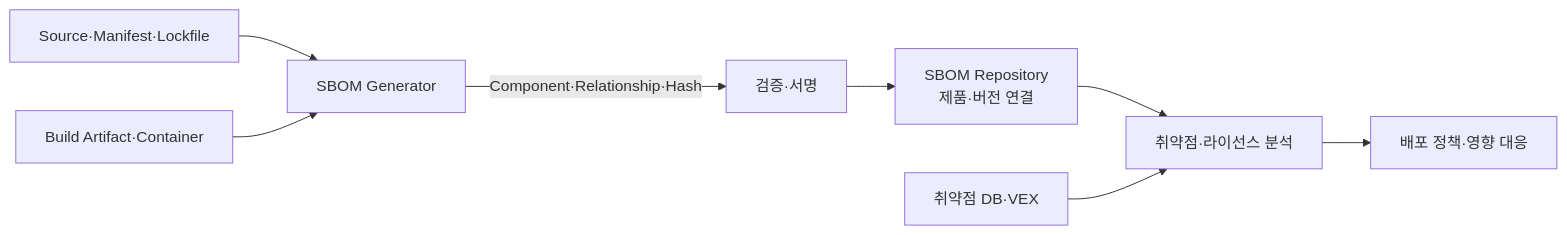
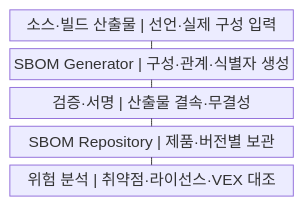
One commit to agnusdei1207/knowledge-base changed the first of 2 diagrams in src/content/docs/notes/03-software/183_sbom.md. Above: the diagram before and after it, drawn with Mermaid. The commit also changed other lines of this file and 20 other files, not shown here.

````diff
--- a/src/content/docs/notes/03-software/183_sbom.md
+++ b/src/content/docs/notes/03-software/183_sbom.md
@@ -59,10 +55,13 @@
 ```mermaid
-flowchart LR
-    S["Source·Manifest·Lockfile"] --> G["SBOM Generator"]
-    B["Build Artifact·Container"] --> G
-    G -->|"Component·Relationship·Hash"| V["검증·서명"]
-    V --> R["SBOM Repository<br/>제품·버전 연결"]
-    R --> A["취약점·라이선스 분석"]
-    D["취약점 DB·VEX"] --> A
-    A --> P["배포 정책·영향 대응"]
+block
+    columns 1
+    A["소스·빌드 산출물 | 선언·실제 구성 입력"]
+    B["SBOM Generator | 구성·관계·식별자 생성"]
+    C["검증·서명 | 산출물 결속·무결성"]
+    D["SBOM Repository | 제품·버전별 보관"]
+    E["위험 분석 | 취약점·라이선스·VEX 대조"]
+    A --- B
+    B --- C
+    C --- D
+    D --- E
 ```
````
